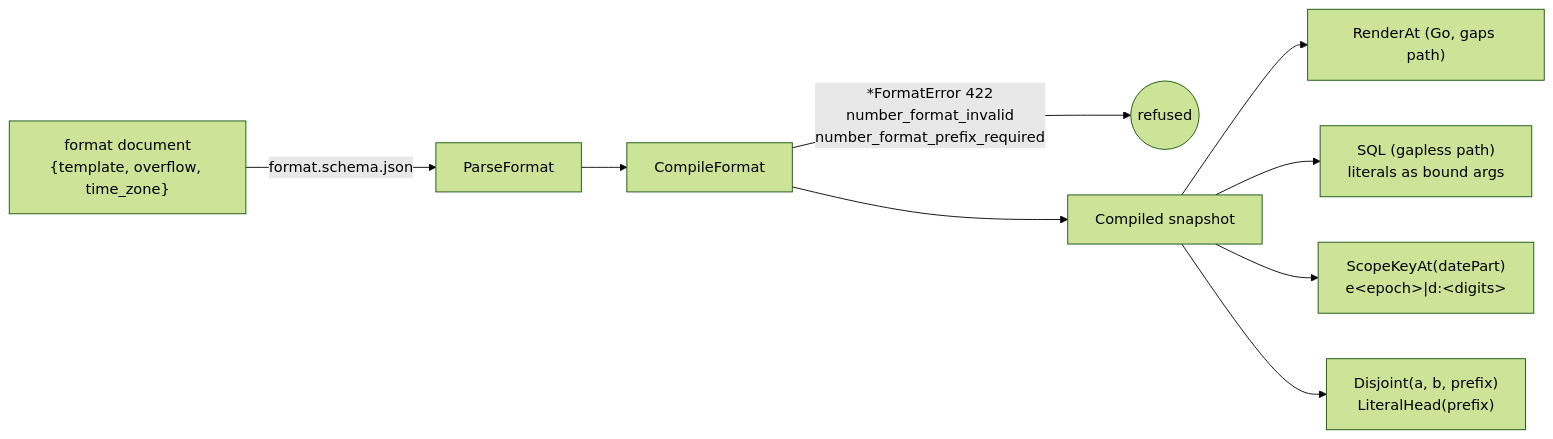
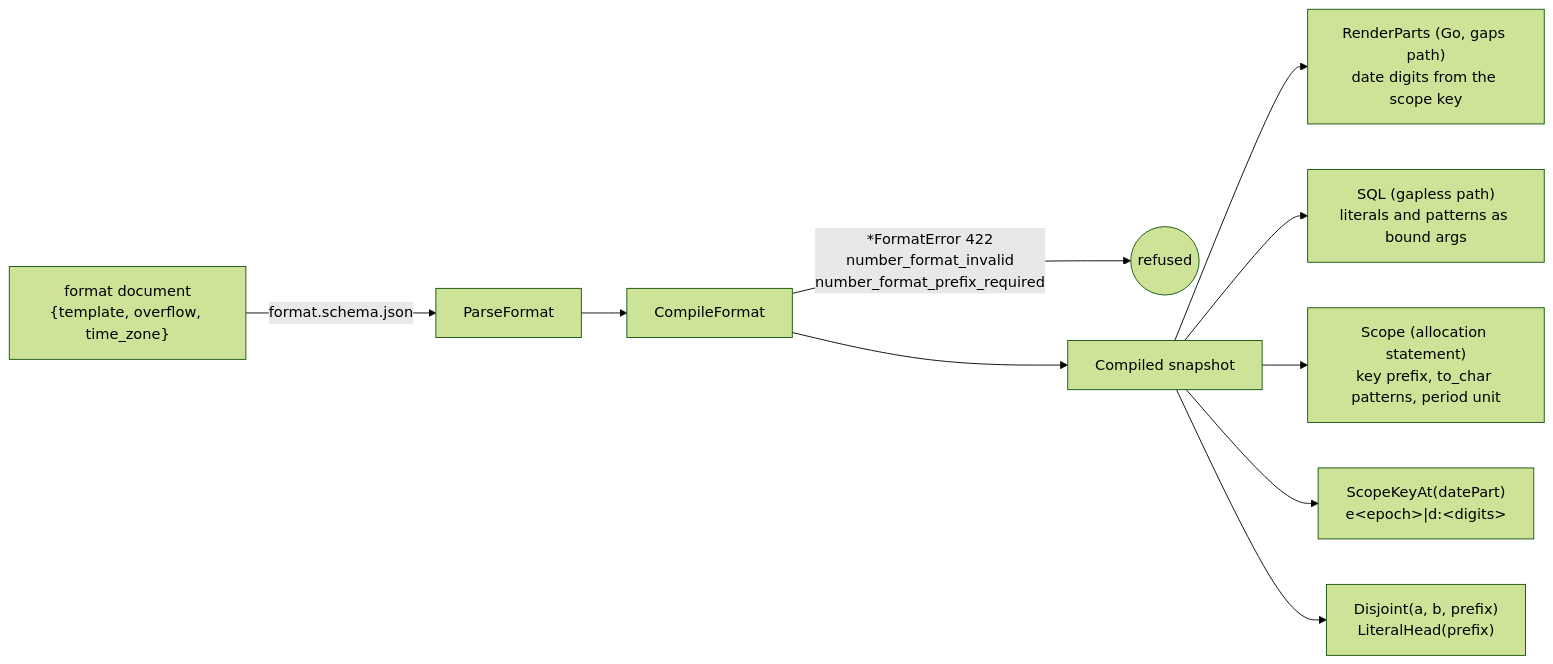
One commit to Navaladi2019/TicketingSystem changed the diagram in docs/architecture/number-format-compiler.md. Above: the diagram before and after it, drawn with Mermaid (forest theme). The commit also changed other lines of this file and 29 other files, not shown here.

````diff
--- a/docs/architecture/number-format-compiler.md
+++ b/docs/architecture/number-format-compiler.md
@@ -5,11 +5,12 @@
 ```mermaid
 flowchart LR
   doc["format document<br/>{template, overflow, time_zone}"] -->|format.schema.json| P[ParseFormat]
   P --> CF[CompileFormat]
   CF -->|"*FormatError 422<br/>number_format_invalid<br/>number_format_prefix_required"| X((refused))
   CF --> C[Compiled snapshot]
-  C --> R["RenderAt (Go, gaps path)"]
-  C --> S["SQL (gapless path)<br/>literals as bound args"]
+  C --> R["RenderParts (Go, gaps path)<br/>date digits from the scope key"]
+  C --> S["SQL (gapless path)<br/>literals and patterns as bound args"]
+  C --> Q["Scope (allocation statement)<br/>key prefix, to_char patterns, period unit"]
   C --> K["ScopeKeyAt(datePart)<br/>e&lt;epoch&gt;|d:&lt;digits&gt;"]
   C --> D["Disjoint(a, b, prefix)<br/>LiteralHead(prefix)"]
 ```
````
